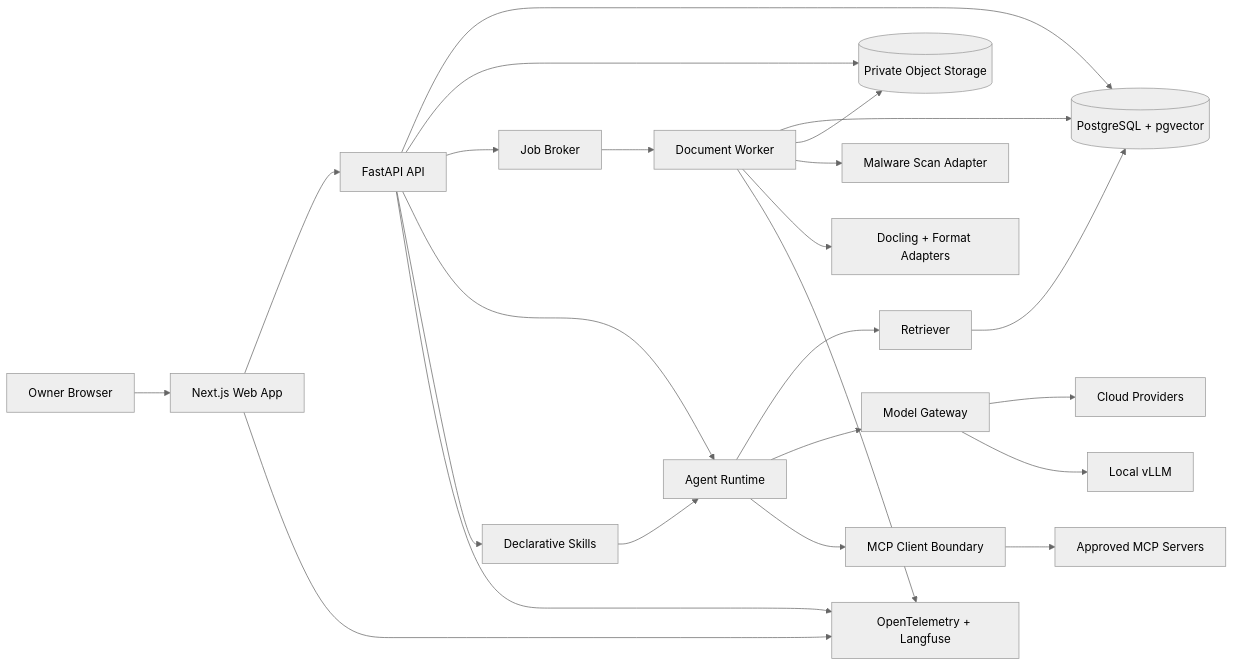
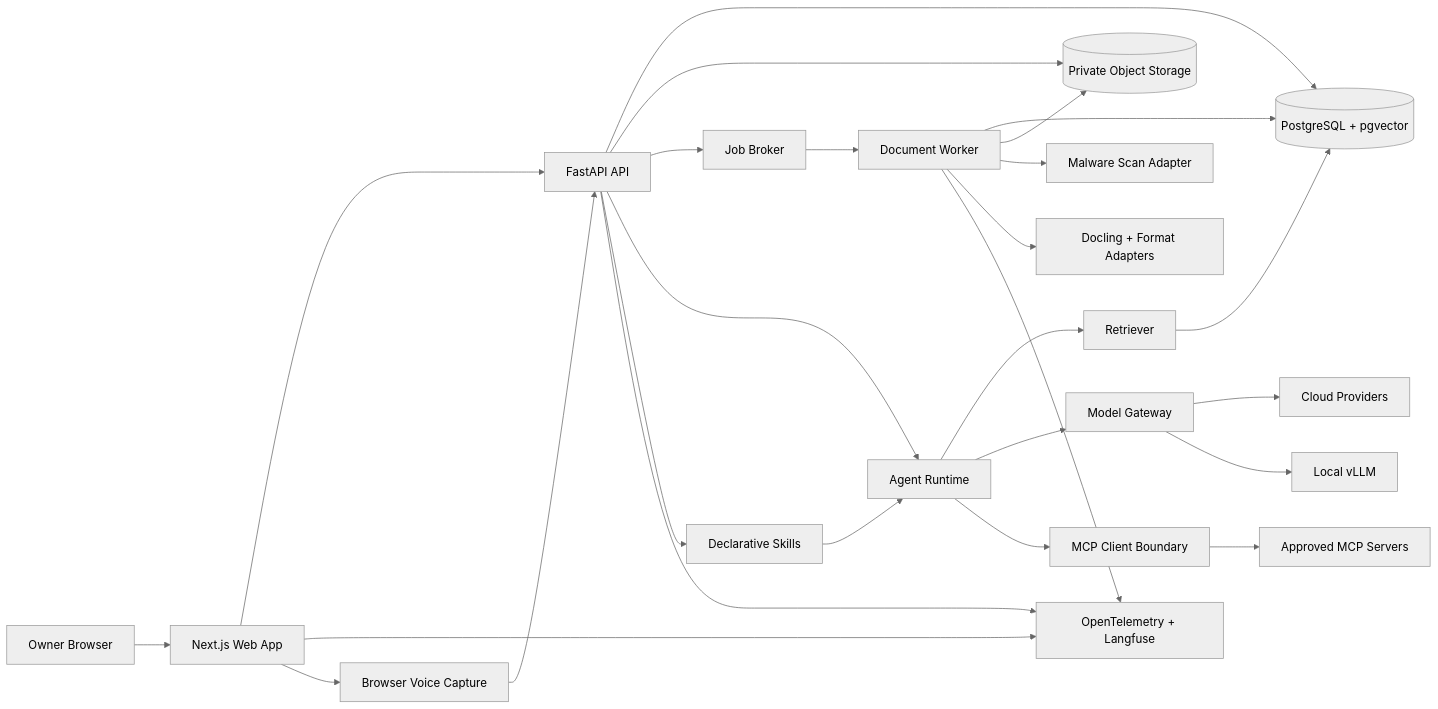
Before and after one commit to GregB712/Loomi-Brain: the first of 3 diagrams in docs/architecture.md, drawn with Mermaid (neutral theme). The commit also changed other lines of this file and 36 other files, not shown here.

````diff
--- a/docs/architecture.md
+++ b/docs/architecture.md
@@ -94,26 +107,28 @@
 ```mermaid
 flowchart LR
   Owner[Owner Browser] --> Web[Next.js Web App]
   Web --> API[FastAPI API]
   API --> DB[(PostgreSQL + pgvector)]
   API --> ObjectStore[(Private Object Storage)]
   API --> Queue[Job Broker]
   Queue --> Worker[Document Worker]
   Worker --> DB
   Worker --> ObjectStore
   Worker --> Scan[Malware Scan Adapter]
   Worker --> Extract[Docling + Format Adapters]
   API --> Agent[Agent Runtime]
   Agent --> Retriever[Retriever]
   Retriever --> DB
   Agent --> ModelGateway[Model Gateway]
   ModelGateway --> CloudLLMs[Cloud Providers]
   ModelGateway --> LocalLLMs[Local vLLM]
   Agent --> MCP[MCP Client Boundary]
   MCP --> MCPServers[Approved MCP Servers]
   API --> Skills[Declarative Skills]
   Skills --> Agent
   API --> Observability[OpenTelemetry + Langfuse]
   Worker --> Observability
   Web --> Observability
+  Web --> Voice[Browser Voice Capture]
+  Voice --> API
 ```
````
